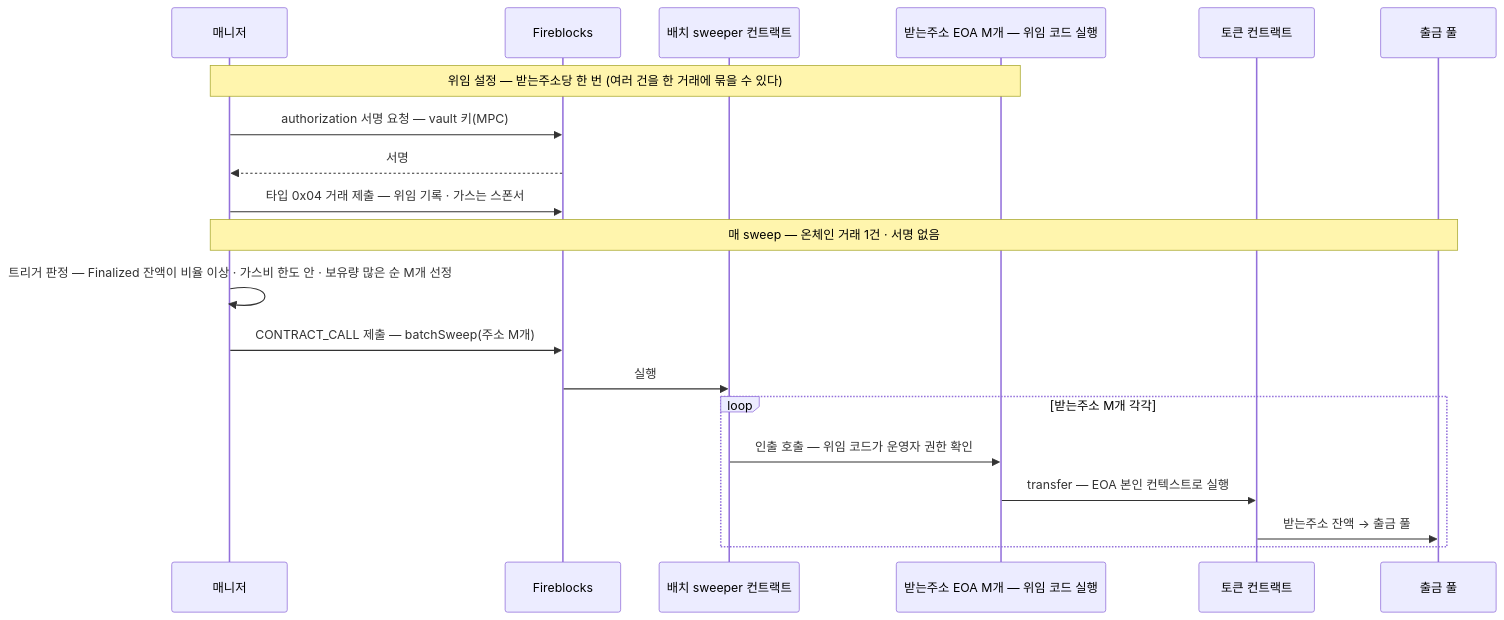
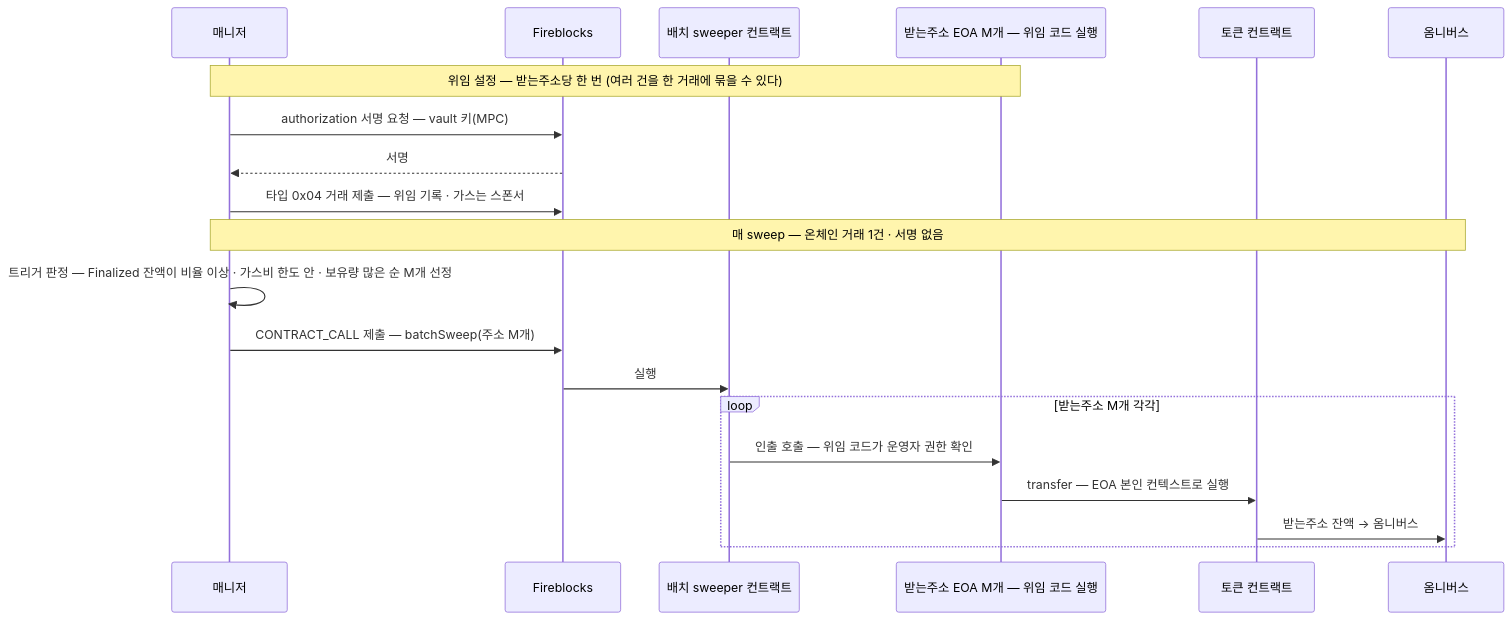
Before and after one commit to eunsujeo/eunpus: the third of 3 diagrams in blockchain-manager/docs/BC/설계/98-batch-sweep.md, drawn with Mermaid. The commit also changed other lines of this file and 4 other files, not shown here.

````diff
--- a/blockchain-manager/docs/BC/설계/98-batch-sweep.md
+++ b/blockchain-manager/docs/BC/설계/98-batch-sweep.md
@@ -91,23 +229,23 @@
 ```mermaid
 sequenceDiagram
   participant M as 매니저
   participant F as Fireblocks
   participant S as 배치 sweeper 컨트랙트
   participant E as 받는주소 EOA M개 — 위임 코드 실행
   participant T as 토큰 컨트랙트
-  participant P as 출금 풀
+  participant P as 옴니버스
 
   Note over M,E: 위임 설정 — 받는주소당 한 번 (여러 건을 한 거래에 묶을 수 있다)
   M->>F: authorization 서명 요청 — vault 키(MPC)
   F-->>M: 서명
   M->>F: 타입 0x04 거래 제출 — 위임 기록 · 가스는 스폰서
   Note over M,P: 매 sweep — 온체인 거래 1건 · 서명 없음
   M->>M: 트리거 판정 — Finalized 잔액이 비율 이상 · 가스비 한도 안 · 보유량 많은 순 M개 선정
   M->>F: CONTRACT_CALL 제출 — batchSweep(주소 M개)
   F->>S: 실행
   loop 받는주소 M개 각각
     S->>E: 인출 호출 — 위임 코드가 운영자 권한 확인
     E->>T: transfer — EOA 본인 컨텍스트로 실행
-    T->>P: 받는주소 잔액 → 출금 풀
+    T->>P: 받는주소 잔액 → 옴니버스
   end
 ```
````
